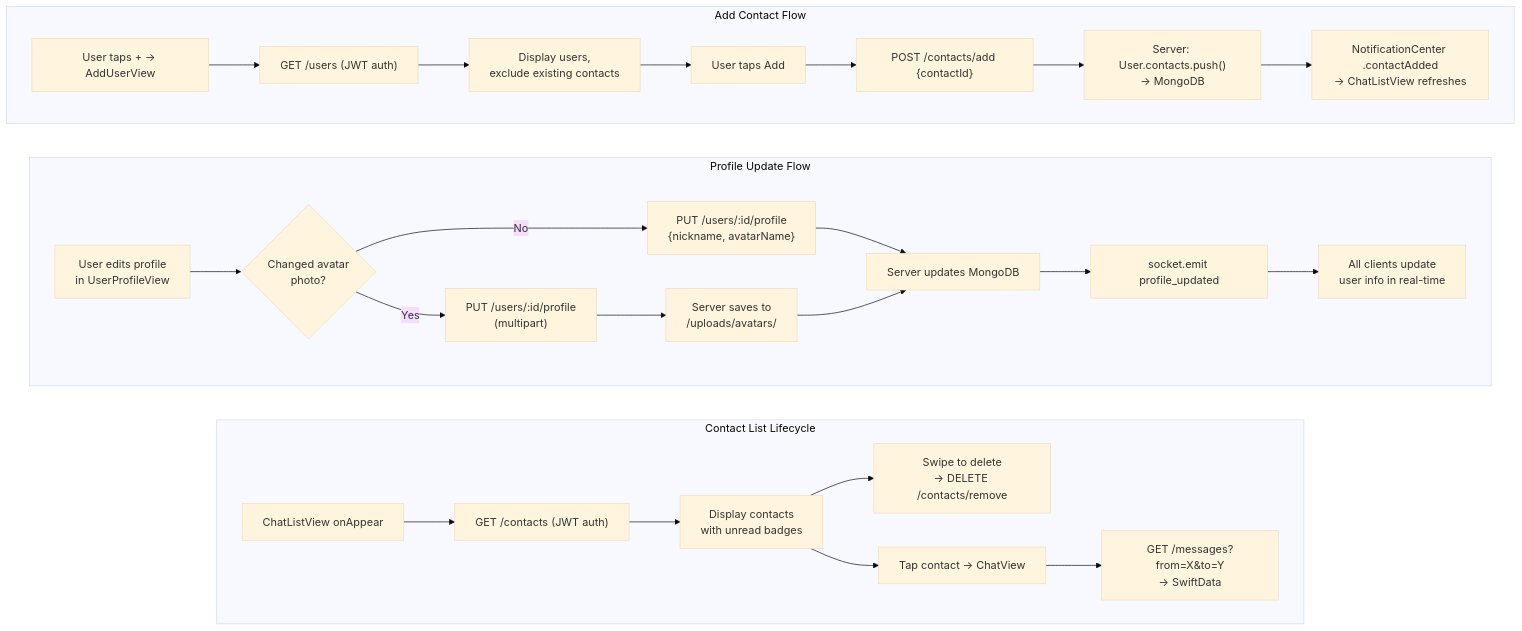
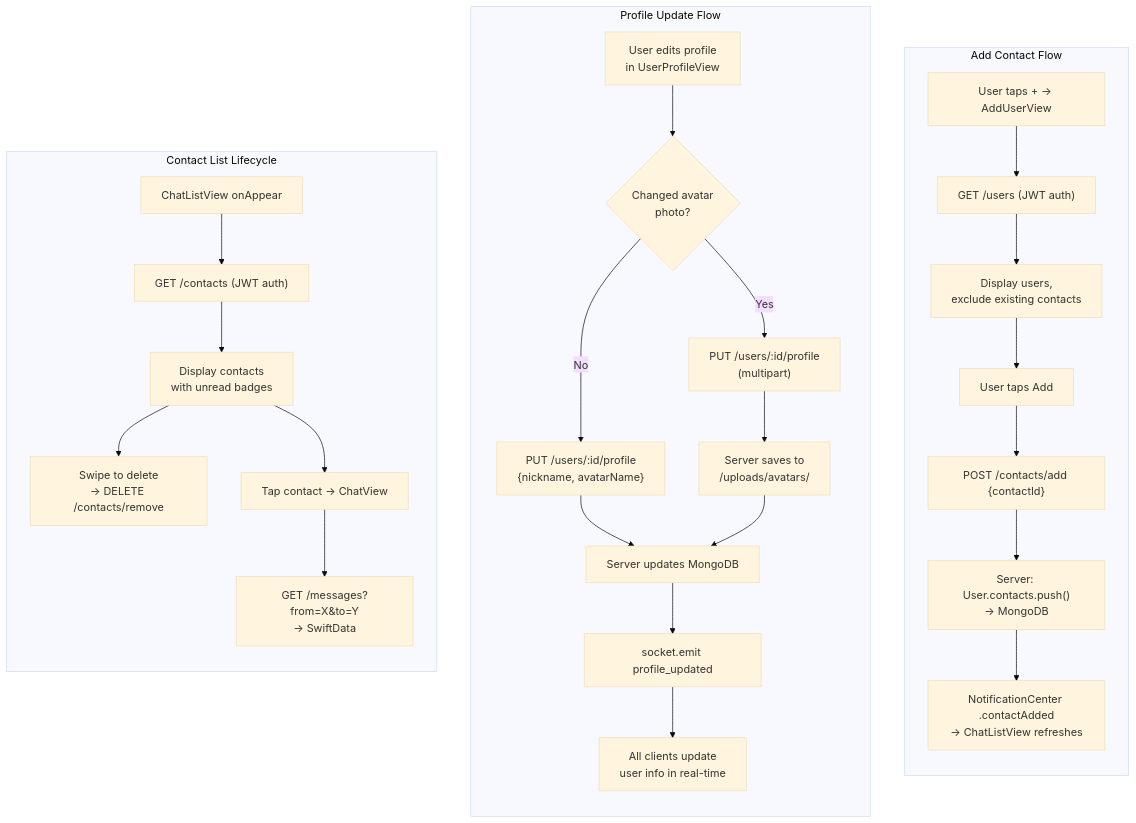
The sixth of 6 diagrams in README.md (denizyakar/SoniApp), drawn with Mermaid (base theme) before and after one commit. The commit also changed other lines of this file, not shown here.

````diff
--- a/README.md
+++ b/README.md
@@ -317,35 +323,33 @@
 ```mermaid
 flowchart TD
     subgraph AddUser["Add Contact Flow"]
-        direction LR
+        direction TB
         AU1["User taps + -> AddUserView"] --> AU2["GET /users (JWT auth)"]
         AU2 --> AU3["Display users,<br>exclude existing contacts"]
         AU3 --> AU4["User taps Add"]
         AU4 --> AU5["POST /contacts/add {contactId}"]
         AU5 --> AU6["Server: User.contacts.push()<br>-> MongoDB"]
         AU6 --> AU7["NotificationCenter .contactAdded<br>-> ChatListView refreshes"]
     end
 
     subgraph Profile["Profile Update Flow"]
-        direction LR
+        direction TB
         P1["User edits profile<br>in UserProfileView"] --> P2{"Changed avatar<br>photo?"}
         P2 -->|"Yes"| P3["PUT /users/:id/profile<br>(multipart)"]
         P2 -->|"No"| P4["PUT /users/:id/profile<br>{nickname, avatarName}"]
         P3 --> P5["Server saves to<br>/uploads/avatars/"]
         P4 --> P6["Server updates MongoDB"]
         P5 --> P6
         P6 --> P7["socket.emit profile_updated"]
         P7 --> P8["All clients update<br>user info in real-time"]
     end
 
     subgraph ContactList["Contact List Lifecycle"]
-        direction LR
+        direction TB
         C1["ChatListView onAppear"] --> C2["GET /contacts (JWT auth)"]
         C2 --> C3["Display contacts<br>with unread badges"]
         C3 --> C4["Swipe to delete<br>-> DELETE /contacts/remove"]
         C3 --> C6["Tap contact -> ChatView"]
         C6 --> C7["GET /messages?from=X&to=Y<br>-> SwiftData"]
     end
-
-    AddUser ~~~ Profile ~~~ ContactList
 ```
````
